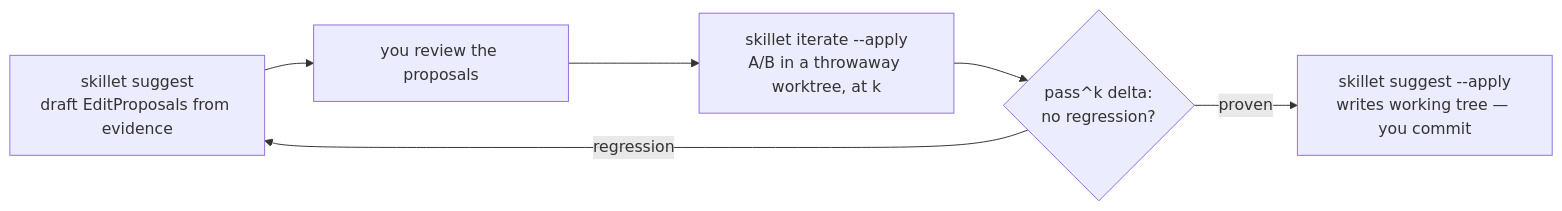
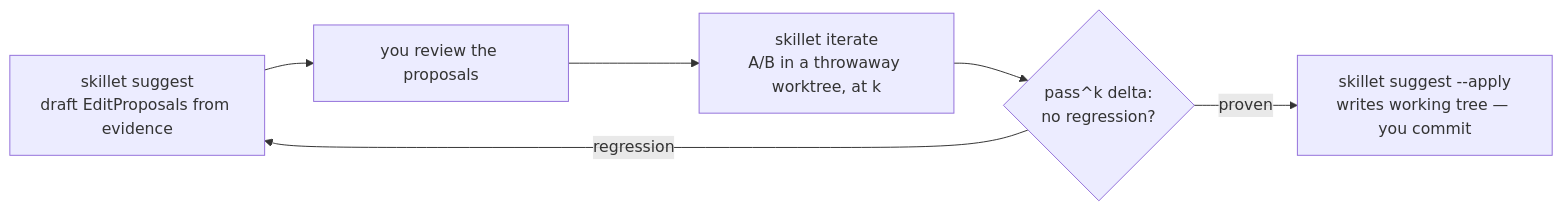
One commit to 21-DOT-DEV/skillet changed the third of 5 diagrams in skillet-design.md. Above: the diagram before and after it, drawn with Mermaid. The commit also changed other lines of this file and 115 other files, not shown here.

````diff
--- a/skillet-design.md
+++ b/skillet-design.md
@@ -578,12 +605,12 @@
 ```mermaid
 flowchart LR
     S["skillet suggest<br/>draft EditProposals from evidence"]
     R["you review the proposals"]
-    I["skillet iterate --apply<br/>A/B in a throwaway worktree, at k"]
+    I["skillet iterate<br/>A/B in a throwaway worktree, at k"]
     Q{"pass^k delta:<br/>no regression?"}
     L["skillet suggest --apply<br/>writes working tree — you commit"]
 
     S --> R --> I --> Q
     Q -- proven --> L
     Q -- regression --> S
 ```
````
